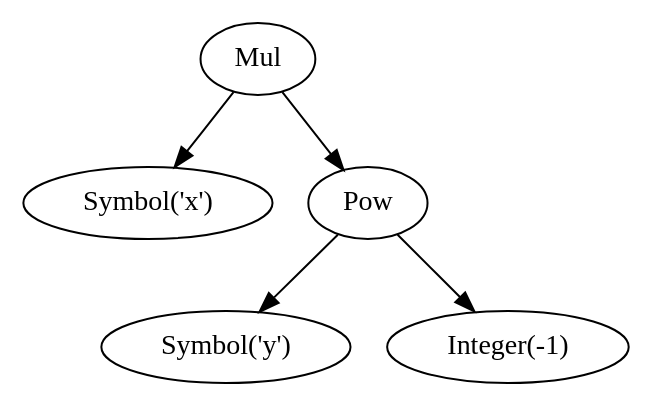
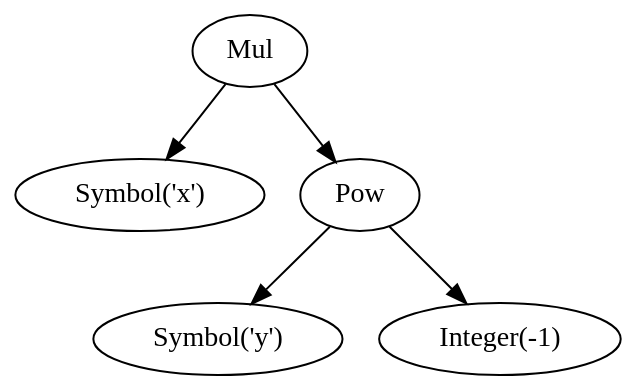
Before and after one commit to diofant/diofant: the third of 3 diagrams in docs/tutorial/manipulation.rst, drawn with Graphviz. The commit also changed other lines of this file, not shown here.

Commit message:
Use more compact diagrams in manipulation.rst, transparent background

```diff
--- a/docs/tutorial/manipulation.rst
+++ b/docs/tutorial/manipulation.rst
@@ -237,27 +172,28 @@
 .. graphviz::
 
     digraph{
 
     # Graph style
+    "bgcolor"="transparent"
     "ordering"="out"
     "rankdir"="TD"
 
     #########
     # Nodes #
     #########
 
     "Mul(Symbol('x'), Pow(Symbol('y'), Integer(-1)))_()" ["color"="black", "label"="Mul", "shape"="ellipse"];
     "Symbol('x')_(0,)" ["color"="black", "label"="Symbol('x')", "shape"="ellipse"];
     "Pow(Symbol('y'), Integer(-1))_(1,)" ["color"="black", "label"="Pow", "shape"="ellipse"];
     "Symbol('y')_(1, 0)" ["color"="black", "label"="Symbol('y')", "shape"="ellipse"];
     "Integer(-1)_(1, 1)" ["color"="black", "label"="Integer(-1)", "shape"="ellipse"];
 
     #########
     # Edges #
     #########
 
     "Mul(Symbol('x'), Pow(Symbol('y'), Integer(-1)))_()" -> "Symbol('x')_(0,)";
     "Mul(Symbol('x'), Pow(Symbol('y'), Integer(-1)))_()" -> "Pow(Symbol('y'), Integer(-1))_(1,)";
     "Pow(Symbol('y'), Integer(-1))_(1,)" -> "Symbol('y')_(1, 0)";
     "Pow(Symbol('y'), Integer(-1))_(1,)" -> "Integer(-1)_(1, 1)";
     }
```
